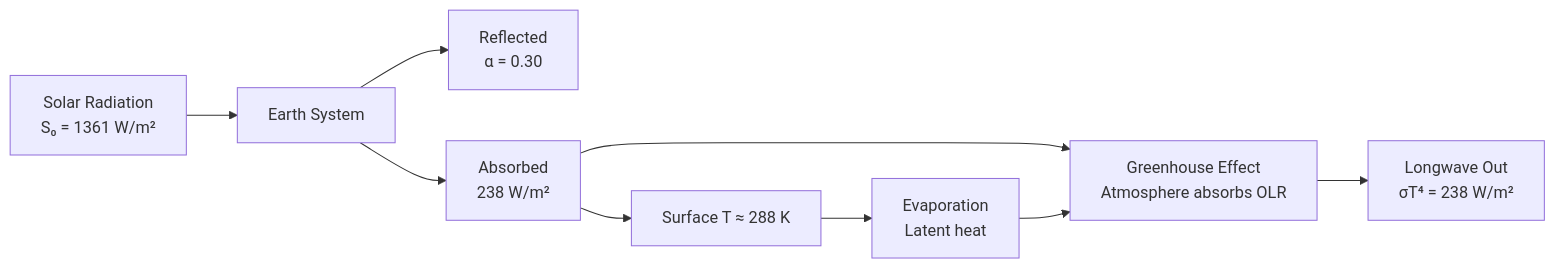
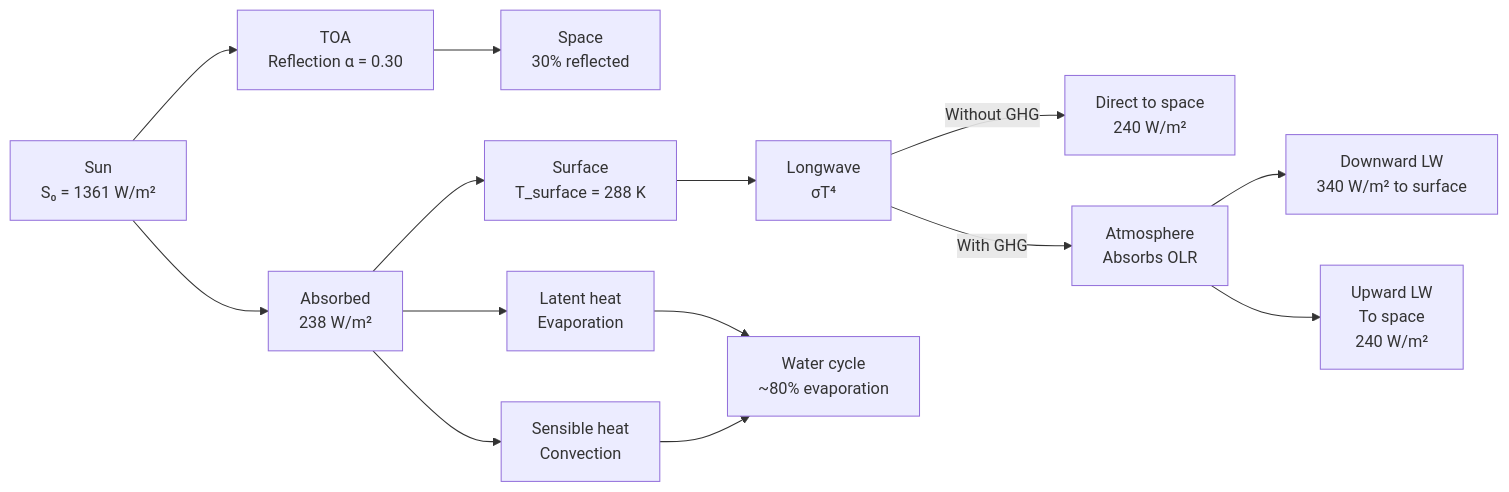
One commit to yip-lgtm/civil-bootcamp changed the first of 7 diagrams in MIT_CEE_Core/Track_1_Environment/Fluids_Transport_Engineering/00_1.009_Climate_Change.md. Above: the diagram before and after it, drawn with Mermaid. The commit also changed other lines of this file and 9 other files, not shown here.

````diff
--- a/MIT_CEE_Core/Track_1_Environment/Fluids_Transport_Engineering/00_1.009_Climate_Change.md
+++ b/MIT_CEE_Core/Track_1_Environment/Fluids_Transport_Engineering/00_1.009_Climate_Change.md
@@ -115,11 +141,16 @@
 ```mermaid
-graph LR
-    A[Solar Radiation<br/>S₀ = 1361 W/m²] --> B[Earth System]
-    B --> C[Reflected<br/>α = 0.30]
-    B --> D[Absorbed<br/>238 W/m²]
-    D --> E[Greenhouse Effect<br/>Atmosphere absorbs OLR]
-    E --> F[Longwave Out<br/>σT⁴ = 238 W/m²]
-    D --> G[Surface T ≈ 288 K]
-    G --> H[Evaporation<br/>Latent heat]
-    H --> E
+flowchart LR
+    A[Sun<br/>S₀ = 1361 W/m²] --> B[TOA<br/>Reflection α = 0.30]
+    B --> C[Space<br/>30% reflected]
+    A --> D[Absorbed<br/>238 W/m²]
+    D --> E[Surface<br/>T_surface = 288 K]
+    E --> F[Longwave<br/>σT⁴]
+    F -->|Without GHG| G[Direct to space<br/>240 W/m²]
+    F -->|With GHG| H[Atmosphere<br/>Absorbs OLR]
+    H --> I[Downward LW<br/>340 W/m² to surface]
+    H --> J[Upward LW<br/>To space<br/>240 W/m²]
+    D --> K[Latent heat<br/>Evaporation]
+    D --> L[Sensible heat<br/>Convection]
+    K --> M[Water cycle<br/>~80% evaporation]
+    L --> M
 ```
````
